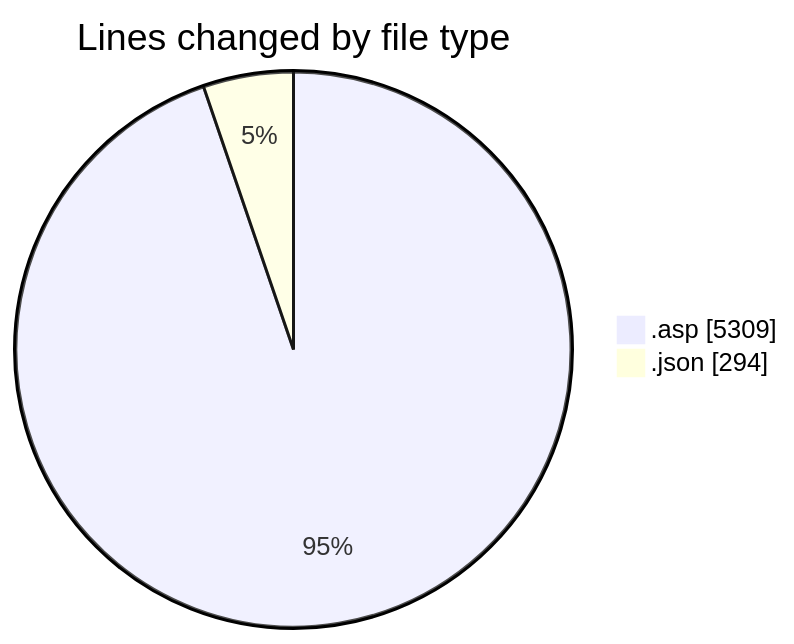
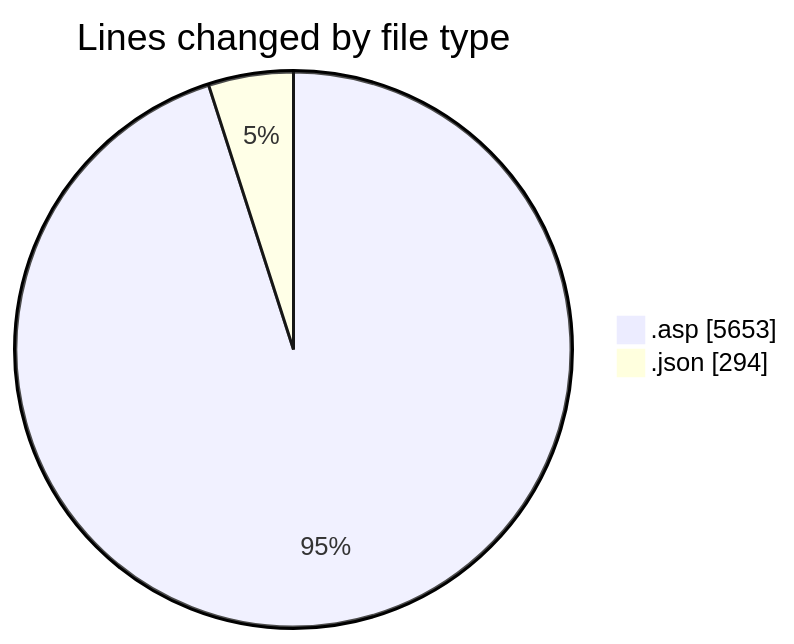
The first of 2 diagrams in 2025-10-27/usr_aleoudev_fr__workspace_/README.md (julien-gomy/code-tracking), drawn with Mermaid before and after one commit. The commit also changed other lines of this file and 1 other file, not shown here.

````diff
--- a/2025-10-27/usr_aleoudev_fr__workspace_/README.md
+++ b/2025-10-27/usr_aleoudev_fr__workspace_/README.md
@@ -26,6 +27,6 @@
 ```mermaid
 pie showData
 title Lines changed by file type
-".asp" : 5309
+".asp" : 5653
 ".json" : 294
 ```
````
